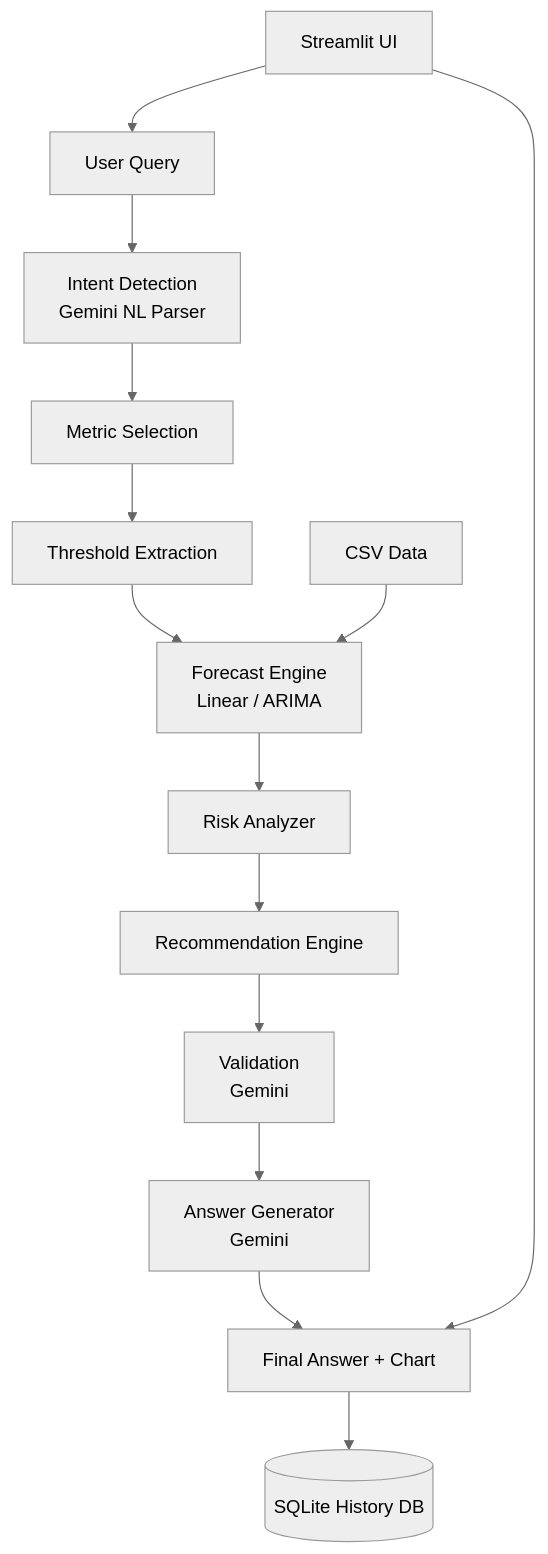
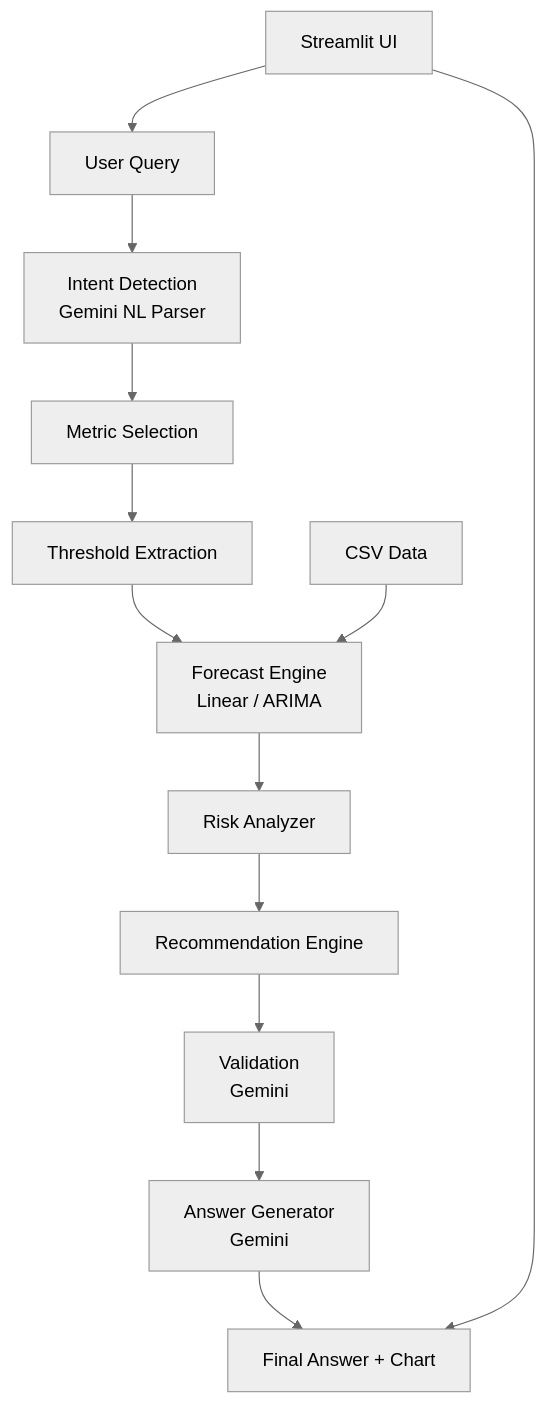
One commit to aruneshwar16/AI-System-Monitoring-Project changed the diagram in README.md. Above: the diagram before and after it, drawn with Mermaid (neutral theme). The commit also changed other lines of this file, not shown here.

````diff
--- a/README.md
+++ b/README.md
@@ -22,17 +21,17 @@
 ```mermaid
 flowchart TD
     A[User Query] --> B[Intent Detection<br/>Gemini NL Parser]
     B --> C[Metric Selection]
     C --> D[Threshold Extraction]
     D --> E[Forecast Engine<br/>Linear / ARIMA]
     E --> F[Risk Analyzer]
     F --> G[Recommendation Engine]
     G --> H[Validation<br/>Gemini]
     H --> I[Answer Generator<br/>Gemini]
     I --> J[Final Answer + Chart]
-    J --> K[(SQLite History DB)]
+    
 
     L[CSV Data] --> E
     M[Streamlit UI] --> A
     M --> J
 ```
````
